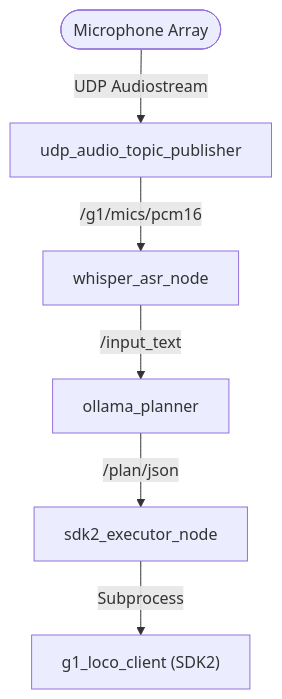
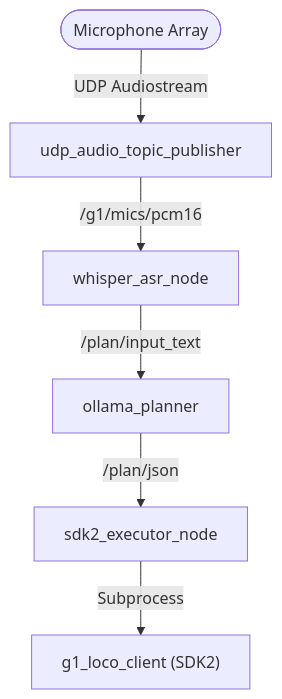
Before and after one commit to Bigfire3/CallBoy: the diagram in README.md, drawn with Mermaid. The commit also changed other lines of this file and 6 other files, not shown here.

Commit message:
Update callboy/input_text to /plan/input_text

````diff
--- a/README.md
+++ b/README.md
@@ -9,8 +9,8 @@
 ```mermaid
 flowchart TD
     START(["Microphone Array"]) -->|"UDP Audiostream"| UDP["udp_audio_topic_publisher"]
     UDP -->|"/g1/mics/pcm16"| ASR["whisper_asr_node"]
-    ASR -->|"/input_text"| PLAN["ollama_planner"]
+    ASR -->|"/plan/input_text"| PLAN["ollama_planner"]
     PLAN -->|"/plan/json"| EXEC["sdk2_executor_node"]
     EXEC -->|Subprocess| SDK["g1_loco_client (SDK2)"]
 ```
````
